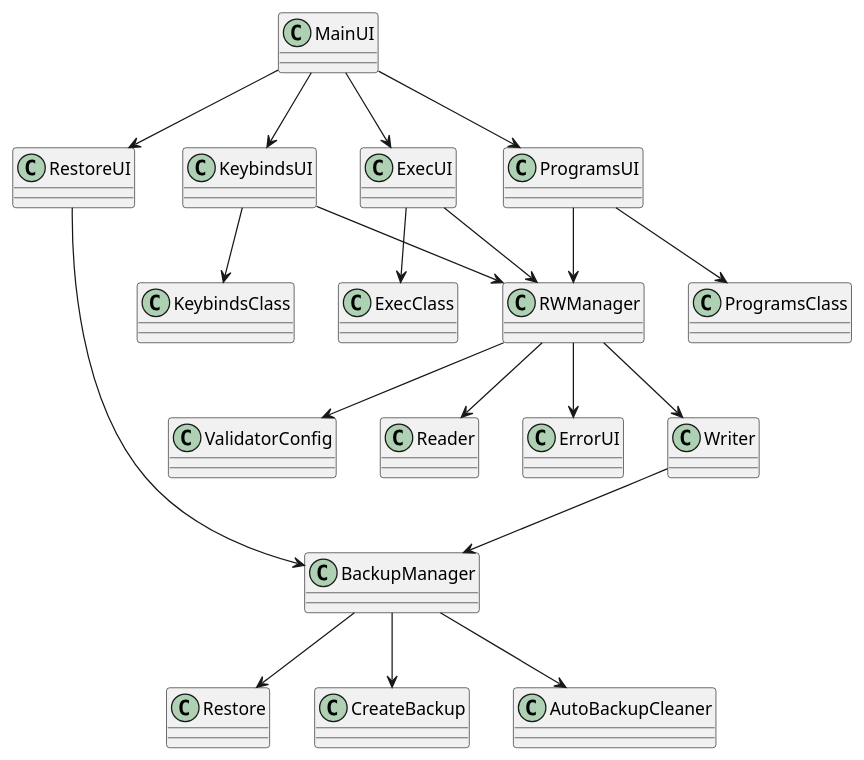
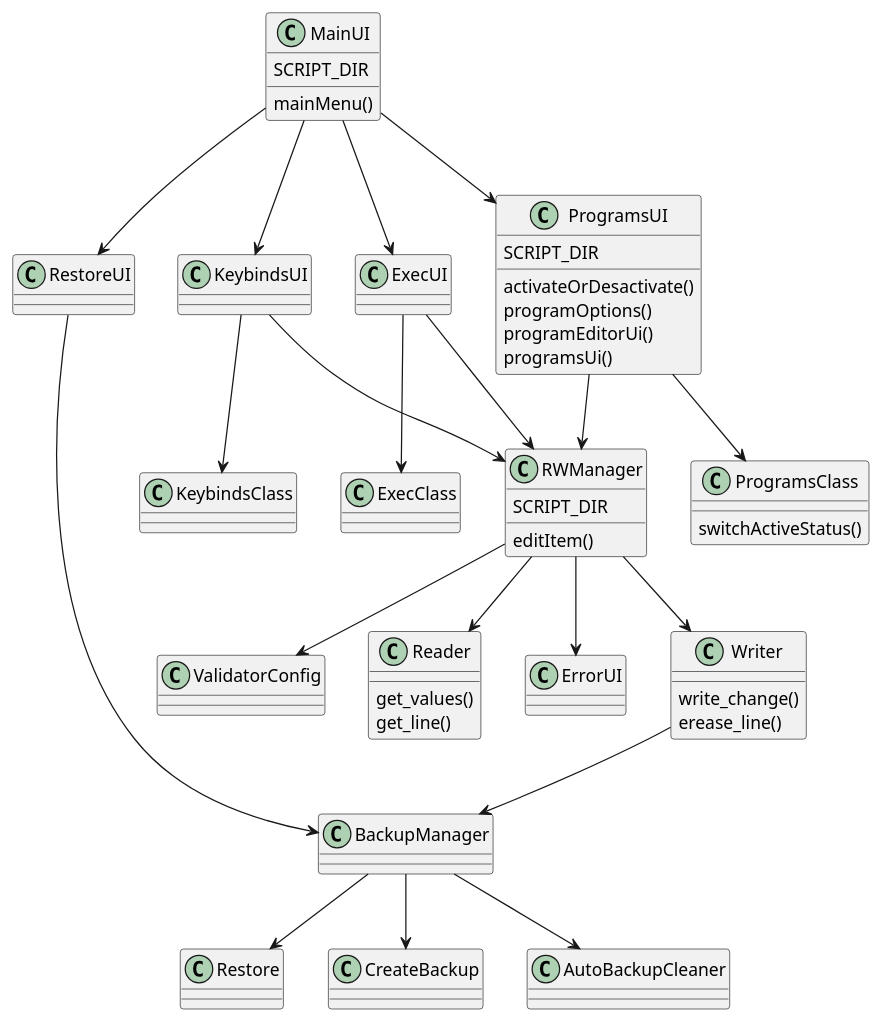
The diagram in docs/diagrams/class_diagram.puml (SrIvanJ10/hyprland-config-helper), drawn with PlantUML before and after one commit. The commit also changed 4 other files, not shown here.

First line of the commit message:
ProgramUI and diagram update

```diff
--- a/docs/diagrams/class_diagram.puml
+++ b/docs/diagrams/class_diagram.puml
@@ -1,99 +1,110 @@
 @startuml ProjectStructure
 
 class MainUI{
+    SCRIPT_DIR
 
+    mainMenu()
 }
 
 class RestoreUI{
 
 }
 
 class KeybindsUI{
 
 }
 
 class KeybindsClass{
 
 }
 
 class ExecUI{
 
 }
 
 class ExecClass{
 
 }
 
 class ProgramsUI{
+    SCRIPT_DIR
 
+    activateOrDesactivate()
+    programOptions()
+    programEditorUi()
+    programsUi()
 }
 
 class ProgramsClass{
-
+    switchActiveStatus()
 }
 
 class RWManager{
+    SCRIPT_DIR
 
+    editItem()
 }
 
 class ErrorUI{
 
 }
 
 class ValidatorConfig{
 
 }
 
 class Reader{
-
+    get_values()
+    get_line()
 }
 
 class Writer{
-
+    write_change()
+    erease_line()
 }
 
 class BackupManager{
 
 }
 
 class Restore{
 
 }
 
 class CreateBackup{
 
 }
 
 class AutoBackupCleaner{
 
 }
 
 ' Relaciones
 MainUI --> RestoreUI
 MainUI --> KeybindsUI
 MainUI --> ExecUI
 MainUI --> ProgramsUI
 
 ProgramsUI --> ProgramsClass
 ProgramsUI --> RWManager
 
 ExecUI --> RWManager
 ExecUI --> ExecClass
 
 KeybindsUI --> RWManager
 KeybindsUI --> KeybindsClass
 
 RestoreUI --> BackupManager
 
 RWManager --> ErrorUI
 RWManager --> ValidatorConfig
 RWManager --> Reader
 RWManager --> Writer
 
 Writer --> BackupManager
 
 BackupManager --> Restore
 BackupManager --> CreateBackup
 BackupManager --> AutoBackupCleaner
 
 @enduml
```
